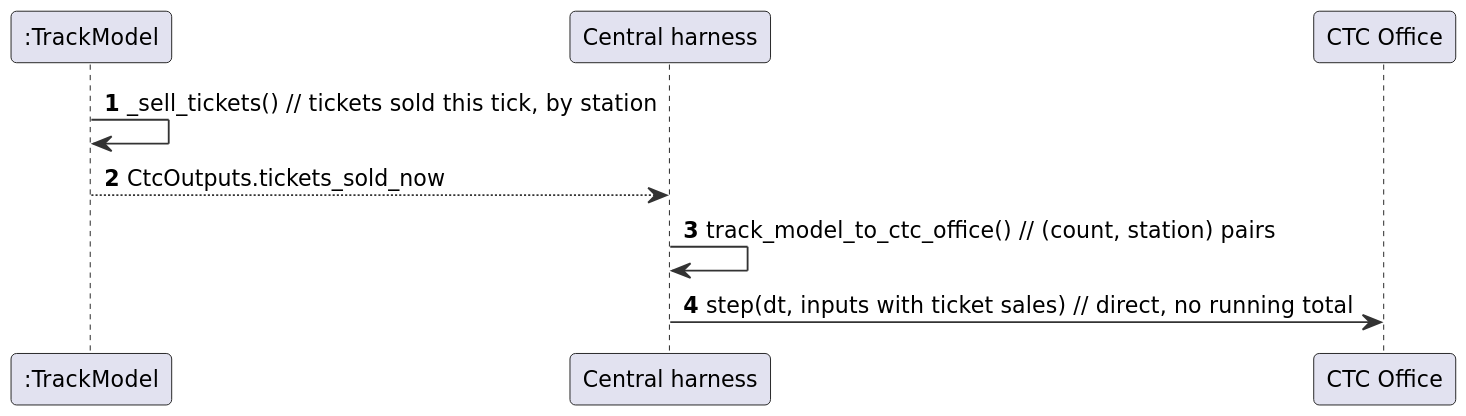
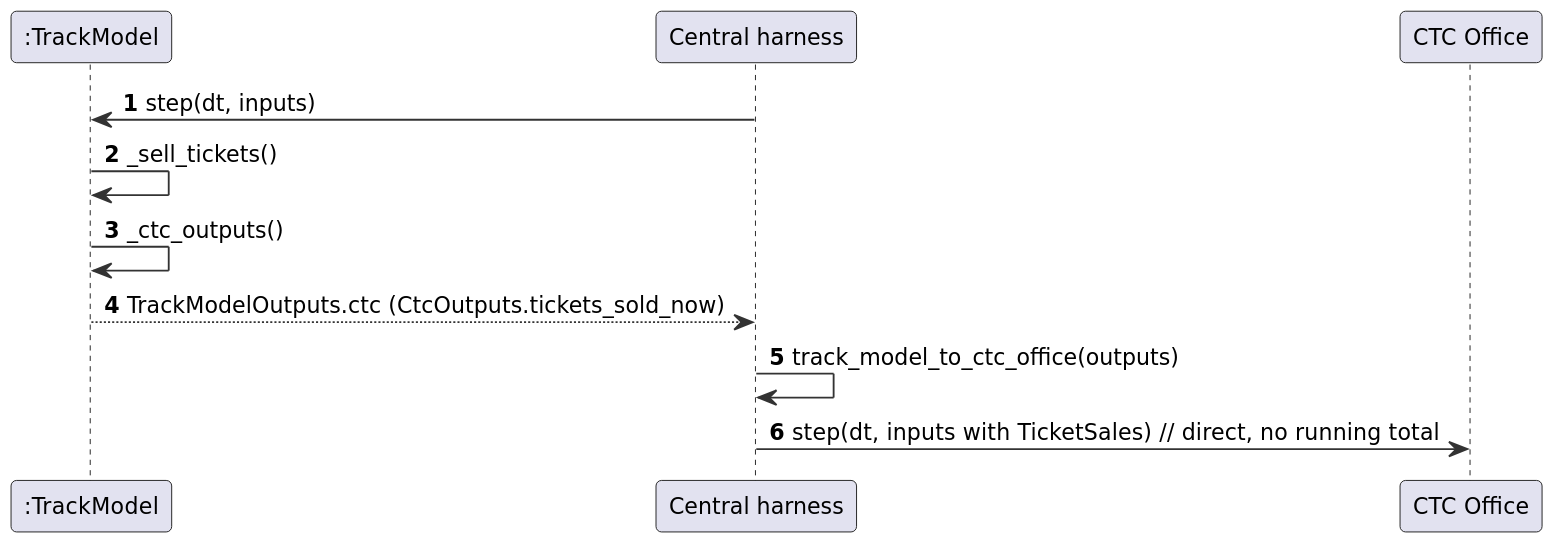
One commit to Landiss04/Track-Overflow changed the diagram in documents/uml/track_model/sd11_tickets.puml. Above: the diagram before and after it, drawn with PlantUML. The commit also changed 39 other files, not shown here.

First line of the commit message:
Track Model diagrams: sequence messages show the real method calls; use case actors joined by plain lines

```diff
--- a/documents/uml/track_model/sd11_tickets.puml
+++ b/documents/uml/track_model/sd11_tickets.puml
@@ -1,19 +1,21 @@
 @startuml
 skinparam shadowing false
 skinparam dpi 170
 skinparam defaultFontName DejaVu Sans
 skinparam defaultFontSize 12
 skinparam roundCorner 6
 skinparam ArrowColor #333333
 skinparam BackgroundColor white
 skinparam sequenceMessageAlign left
 skinparam ParticipantPadding 20
 autonumber
 participant ":TrackModel" as TM
 participant "Central harness" as H
 participant "CTC Office" as CTC
-TM -> TM : _sell_tickets()  // tickets sold this tick, by station
-TM --> H : CtcOutputs.tickets_sold_now
-H -> H : track_model_to_ctc_office()  // (count, station) pairs
-H -> CTC : step(dt, inputs with ticket sales)  // direct, no running total
+H -> TM : step(dt, inputs)
+TM -> TM : _sell_tickets()
+TM -> TM : _ctc_outputs()
+TM --> H : TrackModelOutputs.ctc (CtcOutputs.tickets_sold_now)
+H -> H : track_model_to_ctc_office(outputs)
+H -> CTC : step(dt, inputs with TicketSales)  // direct, no running total
 @enduml
```
